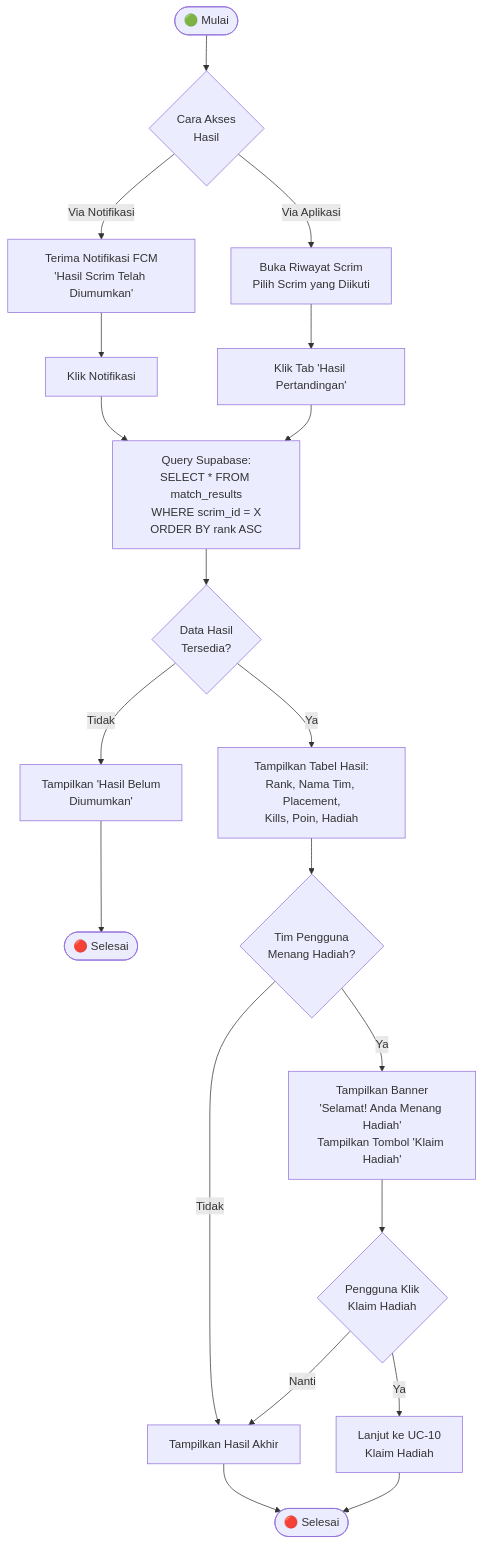
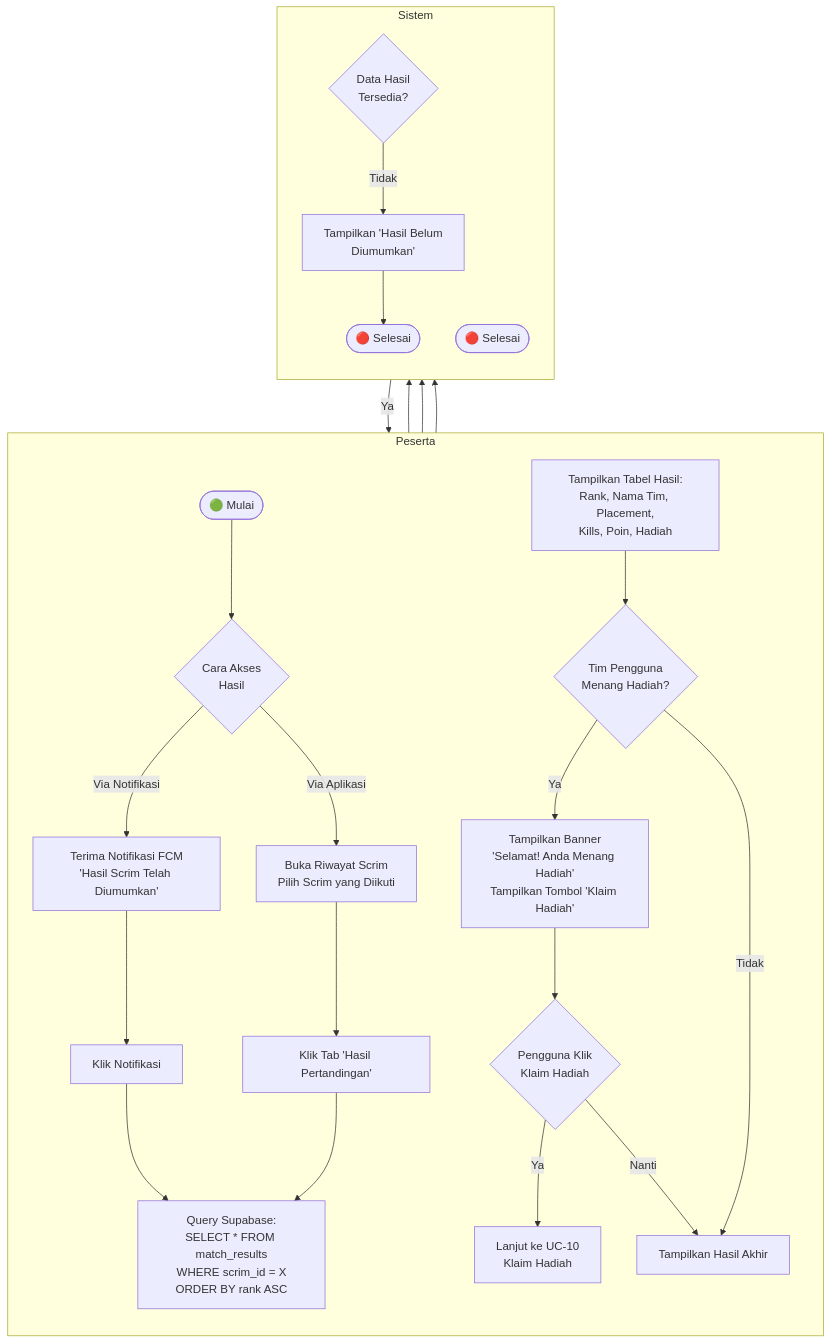
Before and after one commit to yosima050/booyahhub: the tenth of 43 diagrams in DOKUMENTASI.md, drawn with Mermaid. The commit also changed other lines of this file, not shown here.

Commit message:
docs: rename Platform Owner role to Platform and refactor Mermaid flowcharts in documentation

````diff
--- a/DOKUMENTASI.md
+++ b/DOKUMENTASI.md
@@ -438,20 +497,27 @@
 ```mermaid
 flowchart TD
-    A([🟢 Mulai]) --> B{Cara Akses\nHasil}
-    B -->|Via Notifikasi| C[Terima Notifikasi FCM\n'Hasil Scrim Telah Diumumkan']
-    B -->|Via Aplikasi| D[Buka Riwayat Scrim\nPilih Scrim yang Diikuti]
-    C --> E[Klik Notifikasi]
-    D --> F[Klik Tab 'Hasil Pertandingan']
-    E & F --> G[Query Supabase:\nSELECT * FROM match_results\nWHERE scrim_id = X\nORDER BY rank ASC]
-    G --> H{Data Hasil\nTersedia?}
-    H -->|Tidak| I[Tampilkan 'Hasil Belum\nDiumumkan']
-    I --> J([🔴 Selesai])
-    H -->|Ya| K[Tampilkan Tabel Hasil:\nRank, Nama Tim, Placement,\nKills, Poin, Hadiah]
-    K --> L{Tim Pengguna\nMenang Hadiah?}
-    L -->|Tidak| M[Tampilkan Hasil Akhir]
-    L -->|Ya| N[Tampilkan Banner\n'Selamat! Anda Menang Hadiah'\nTampilkan Tombol 'Klaim Hadiah']
-    N --> O{Pengguna Klik\nKlaim Hadiah}
-    O -->|Ya| P[Lanjut ke UC-10\nKlaim Hadiah]
-    O -->|Nanti| M
-    M & P --> Q([🔴 Selesai])
+    subgraph Peserta
+        direction TB
+        A([🟢 Mulai]) --> B{Cara Akses<br/>Hasil}
+        B -->|Via Notifikasi| C[Terima Notifikasi FCM<br/>'Hasil Scrim Telah Diumumkan']
+        B -->|Via Aplikasi| D[Buka Riwayat Scrim<br/>Pilih Scrim yang Diikuti]
+        C --> E[Klik Notifikasi]
+        D --> F[Klik Tab 'Hasil Pertandingan']
+        E & F --> G
+        K --> L
+        N --> O{Pengguna Klik<br/>Klaim Hadiah}
+        O -->|Ya| P[Lanjut ke UC-10<br/>Klaim Hadiah]
+        O -->|Nanti| M
+    end
+
+    subgraph Sistem
+        direction TB
+        G[Query Supabase:<br/>SELECT * FROM match_results<br/>WHERE scrim_id = X<br/>ORDER BY rank ASC] --> H{Data Hasil<br/>Tersedia?}
+        H -->|Tidak| I[Tampilkan 'Hasil Belum<br/>Diumumkan']
+        H -->|Ya| K[Tampilkan Tabel Hasil:<br/>Rank, Nama Tim, Placement,<br/>Kills, Poin, Hadiah]
+        L{Tim Pengguna<br/>Menang Hadiah?} -->|Tidak| M[Tampilkan Hasil Akhir]
+        L -->|Ya| N[Tampilkan Banner<br/>'Selamat! Anda Menang Hadiah'<br/>Tampilkan Tombol 'Klaim Hadiah']
+        I --> J([🔴 Selesai])
+        M & P --> Q([🔴 Selesai])
+    end
 ```
````
